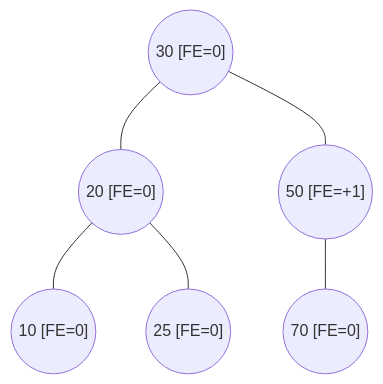
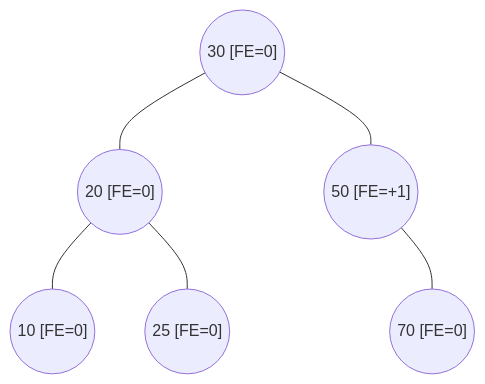
One commit to frijolitobandido/Guia_Matematica_Discreta changed diagram 29 of 38 in 03-arboles.md. Above: the diagram before and after it, drawn with Mermaid. The commit also changed other lines of this file, not shown here.

````diff
--- a/03-arboles.md
+++ b/03-arboles.md
@@ -712,8 +722,12 @@
 ```mermaid
 graph TD
     j1(("30 [FE=0]")) --- j2(("20 [FE=0]"))
     j1 --- j3(("50 [FE=+1]"))
     j2 --- j4(("10 [FE=0]"))
     j2 --- j5(("25 [FE=0]"))
+    j3 --- sp1[" "]:::invis
     j3 --- j6(("70 [FE=0]"))
+
+    classDef invis fill:none,stroke:none,color:none
+    linkStyle 4 stroke:none;
 ```
````
